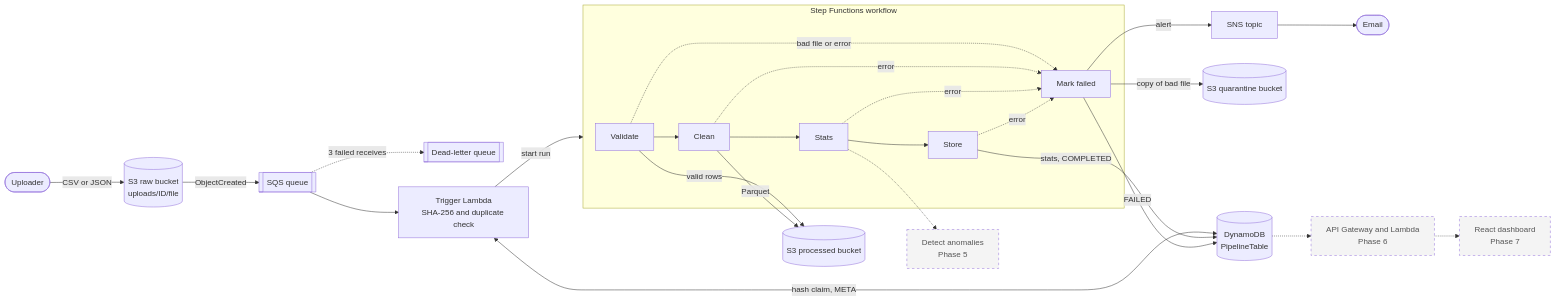
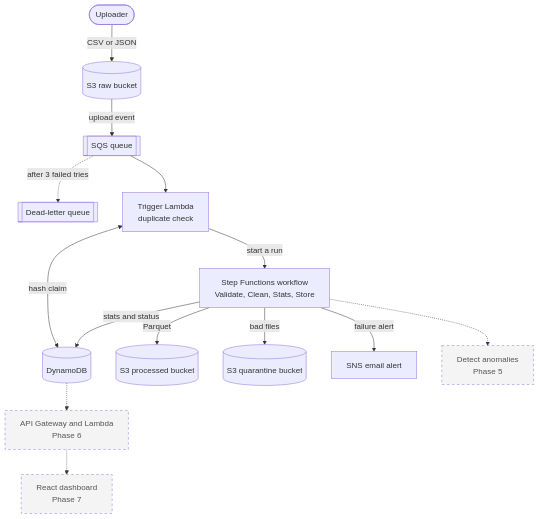
The first of 4 diagrams in README.md (dhananjaya-hbc/gradeflow-serverless-pipeline), drawn with Mermaid before and after one commit. The commit also changed other lines of this file, not shown here.

Commit message:
docs: make architecture diagrams narrower so they stay readable

````diff
--- a/README.md
+++ b/README.md
@@ -10,30 +10,18 @@
 ```mermaid
-flowchart LR
-    uploader(["Uploader"]) -->|"CSV or JSON"| raw[("S3 raw bucket<br/>uploads/ID/file")]
-    raw -->|"ObjectCreated"| queue[["SQS queue"]]
-    queue -.->|"3 failed receives"| dlq[["Dead-letter queue"]]
-    queue --> trigger["Trigger Lambda<br/>SHA-256 and duplicate check"]
-    trigger -->|"start run"| sfn
-
-    subgraph sfn ["Step Functions workflow"]
-        validate["Validate"] --> clean["Clean"] --> stats["Stats"] --> store["Store"]
-        validate -.->|"bad file or error"| failed["Mark failed"]
-        clean -.->|"error"| failed
-        stats -.->|"error"| failed
-        store -.->|"error"| failed
-    end
-
-    trigger <-->|"hash claim, META"| ddb[("DynamoDB<br/>PipelineTable")]
-    store -->|"stats, COMPLETED"| ddb
-    failed -->|"FAILED"| ddb
-    validate -->|"valid rows"| processed[("S3 processed bucket")]
-    clean -->|"Parquet"| processed
-    failed -->|"copy of bad file"| quarantine[("S3 quarantine bucket")]
-    failed -->|"alert"| sns["SNS topic"] --> email(["Email"])
-
-    stats -.-> anomalies["Detect anomalies<br/>Phase 5"]:::planned
+flowchart TD
+    uploader(["Uploader"]) -->|"CSV or JSON"| raw[("S3 raw bucket")]
+    raw -->|"upload event"| queue[["SQS queue"]]
+    queue -.->|"after 3 failed tries"| dlq[["Dead-letter queue"]]
+    queue --> trigger["Trigger Lambda<br/>duplicate check"]
+    trigger -->|"start a run"| workflow["Step Functions workflow<br/>Validate, Clean, Stats, Store"]
+    trigger <-->|"hash claim"| ddb[("DynamoDB")]
+    workflow -->|"stats and status"| ddb
+    workflow -->|"Parquet"| processed[("S3 processed bucket")]
+    workflow -->|"bad files"| quarantine[("S3 quarantine bucket")]
+    workflow -->|"failure alert"| sns["SNS email alert"]
+    workflow -.-> anomalies["Detect anomalies<br/>Phase 5"]:::planned
     ddb -.-> api["API Gateway and Lambda<br/>Phase 6"]:::planned
     api -.-> dashboard["React dashboard<br/>Phase 7"]:::planned
 
     classDef planned stroke-dasharray: 5 5,fill:#f4f4f4,color:#555
 ```
````
